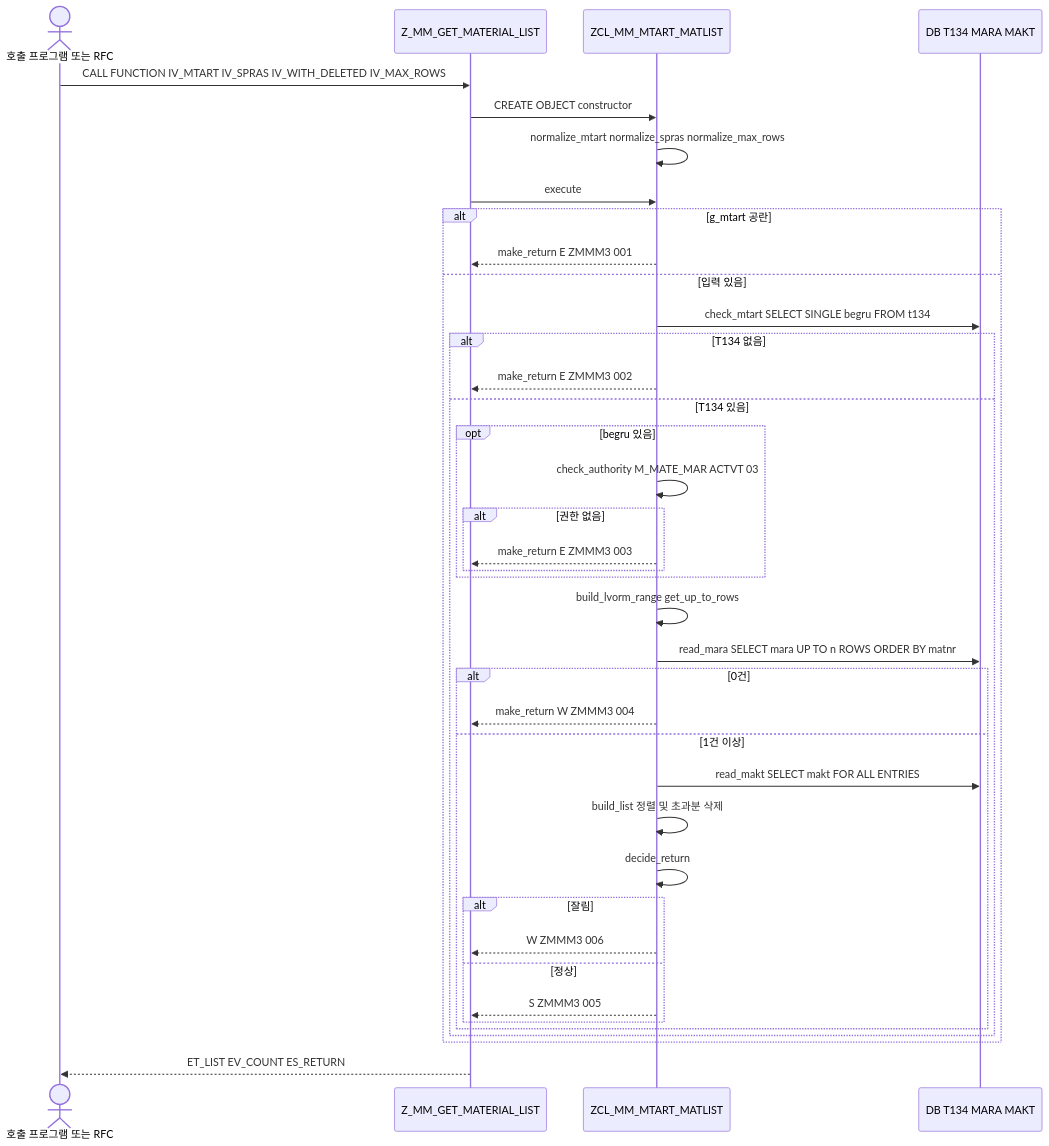
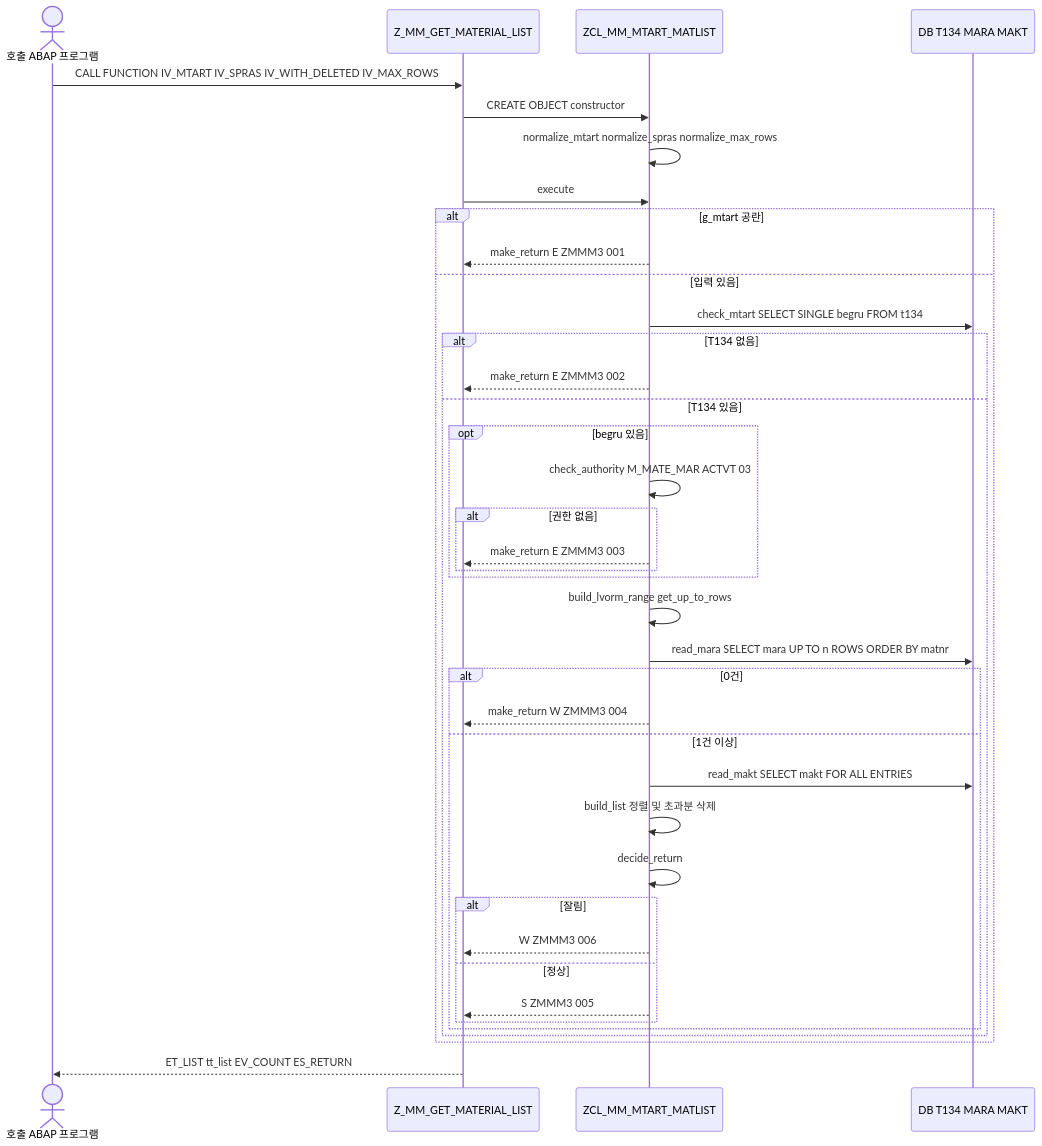
Before and after one commit to sunguphong/devsap: the second of 3 diagrams in work/20261119-f26e72/03_development.md, drawn with Mermaid. The commit also changed other lines of this file and 12 other files, not shown here.

````diff
--- a/work/20261119-f26e72/03_development.md
+++ b/work/20261119-f26e72/03_development.md
@@ -84,41 +99,41 @@
 ```mermaid
 sequenceDiagram
-  actor CALLER as 호출 프로그램 또는 RFC
+  actor CALLER as 호출 ABAP 프로그램
   participant FM as Z_MM_GET_MATERIAL_LIST
   participant CL as ZCL_MM_MTART_MATLIST
   participant DB as DB T134 MARA MAKT
   CALLER->>FM: CALL FUNCTION IV_MTART IV_SPRAS IV_WITH_DELETED IV_MAX_ROWS
   FM->>CL: CREATE OBJECT constructor
   CL->>CL: normalize_mtart normalize_spras normalize_max_rows
   FM->>CL: execute
   alt g_mtart 공란
     CL-->>FM: make_return E ZMMM3 001
   else 입력 있음
     CL->>DB: check_mtart SELECT SINGLE begru FROM t134
     alt T134 없음
       CL-->>FM: make_return E ZMMM3 002
     else T134 있음
       opt begru 있음
         CL->>CL: check_authority M_MATE_MAR ACTVT 03
         alt 권한 없음
           CL-->>FM: make_return E ZMMM3 003
         end
       end
       CL->>CL: build_lvorm_range get_up_to_rows
       CL->>DB: read_mara SELECT mara UP TO n ROWS ORDER BY matnr
       alt 0건
         CL-->>FM: make_return W ZMMM3 004
       else 1건 이상
         CL->>DB: read_makt SELECT makt FOR ALL ENTRIES
         CL->>CL: build_list 정렬 및 초과분 삭제
         CL->>CL: decide_return
         alt 잘림
           CL-->>FM: W ZMMM3 006
         else 정상
           CL-->>FM: S ZMMM3 005
         end
       end
     end
   end
-  FM-->>CALLER: ET_LIST EV_COUNT ES_RETURN
+  FM-->>CALLER: ET_LIST tt_list EV_COUNT ES_RETURN
 ```
````
